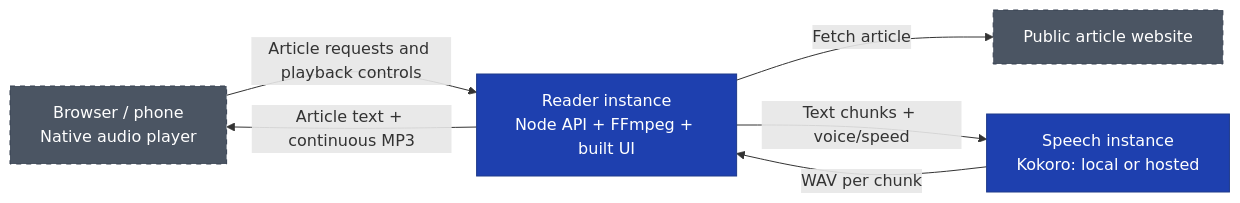
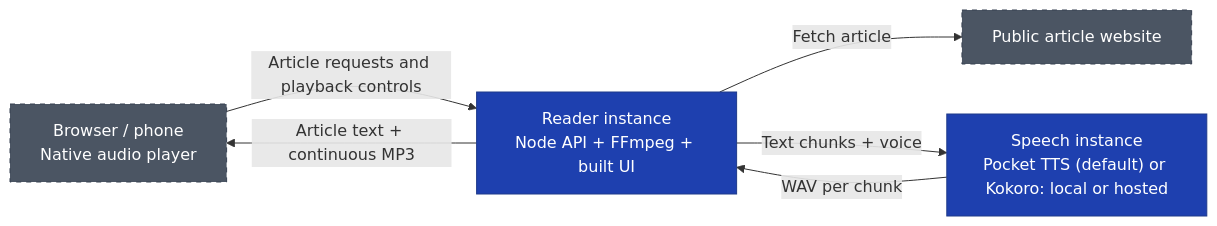
The diagram in README.md (acramatte/article-reader), drawn with Mermaid before and after one commit. The commit also changed other lines of this file and 38 other files, not shown here.

First line of the commit message:
Default to Pocket TTS with optional Kokoro CPU inference

````diff
--- a/README.md
+++ b/README.md
@@ -60,12 +76,12 @@
 ```mermaid
 flowchart LR
     Browser["Browser / phone<br/>Native audio player"] -->|"Article requests and playback controls"| Reader["Reader instance<br/>Node API + FFmpeg + built UI"]
     Reader -->|"Article text + continuous MP3"| Browser
     Reader -->|"Fetch article"| Website["Public article website"]
-    Reader -->|"Text chunks + voice/speed"| Speech["Speech instance<br/>Kokoro: local or hosted"]
+    Reader -->|"Text chunks + voice"| Speech["Speech instance<br/>Pocket TTS (default) or Kokoro: local or hosted"]
     Speech -->|"WAV per chunk"| Reader
     classDef managed fill:#1e40af,stroke:#1e3a8a,color:#ffffff
     classDef external fill:#4b5563,stroke:#374151,color:#ffffff,stroke-dasharray:5 5
     class Reader,Speech managed
     class Browser,Website external
 ```
````
